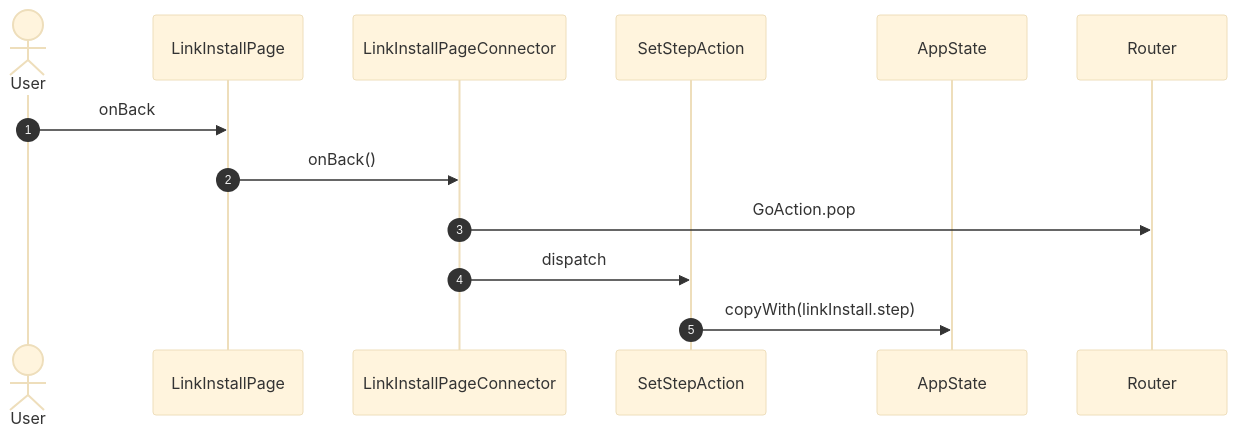
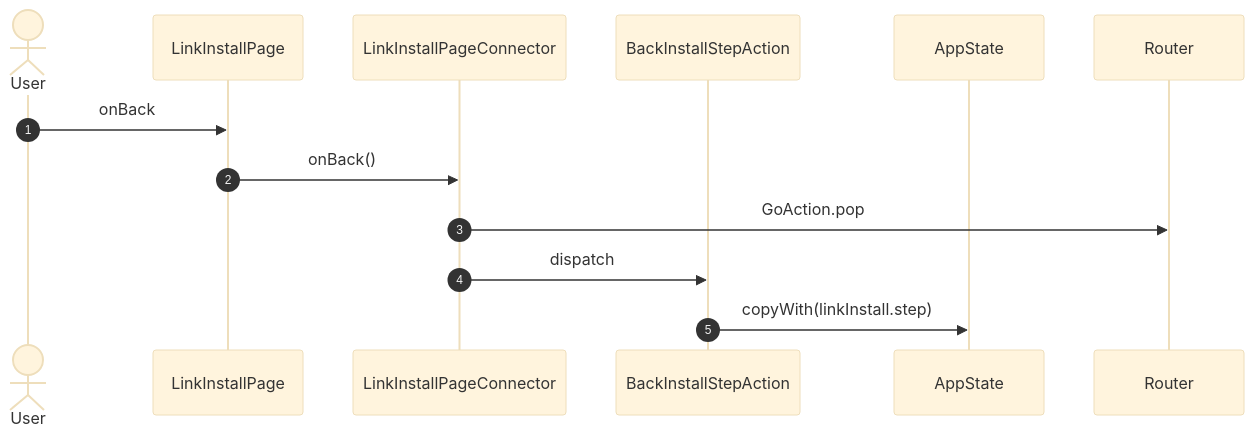
Before and after one commit to gencto/wyrm: diagram 16 of 17 in studio/docs/flows/linkInstall.md, drawn with Mermaid (base theme). The commit also changed other lines of this file and 85 other files, not shown here.

````diff
--- a/studio/docs/flows/linkInstall.md
+++ b/studio/docs/flows/linkInstall.md
@@ -223,16 +260,16 @@
 ```mermaid
 sequenceDiagram
     autonumber
     actor User
     participant UI as LinkInstallPage
     participant VM as LinkInstallPageConnector
-    participant A1 as SetStepAction
+    participant A1 as BackInstallStepAction
     participant ST as AppState
     participant NAV as Router
 
     User->>UI: onBack
     UI->>VM: onBack()
     VM->>NAV: GoAction.pop
     VM->>A1: dispatch
     A1->>ST: copyWith(linkInstall.step)
 ```
````
